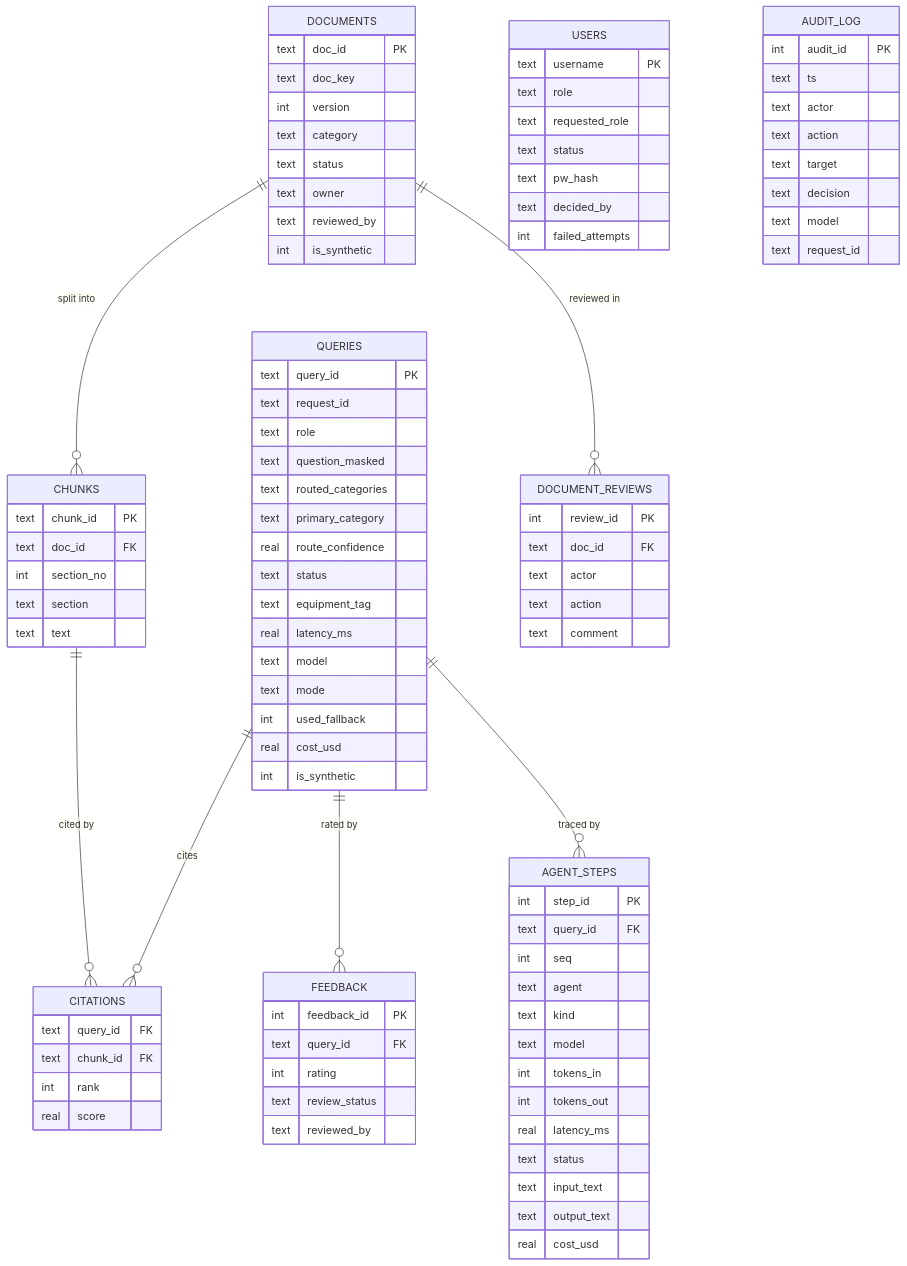
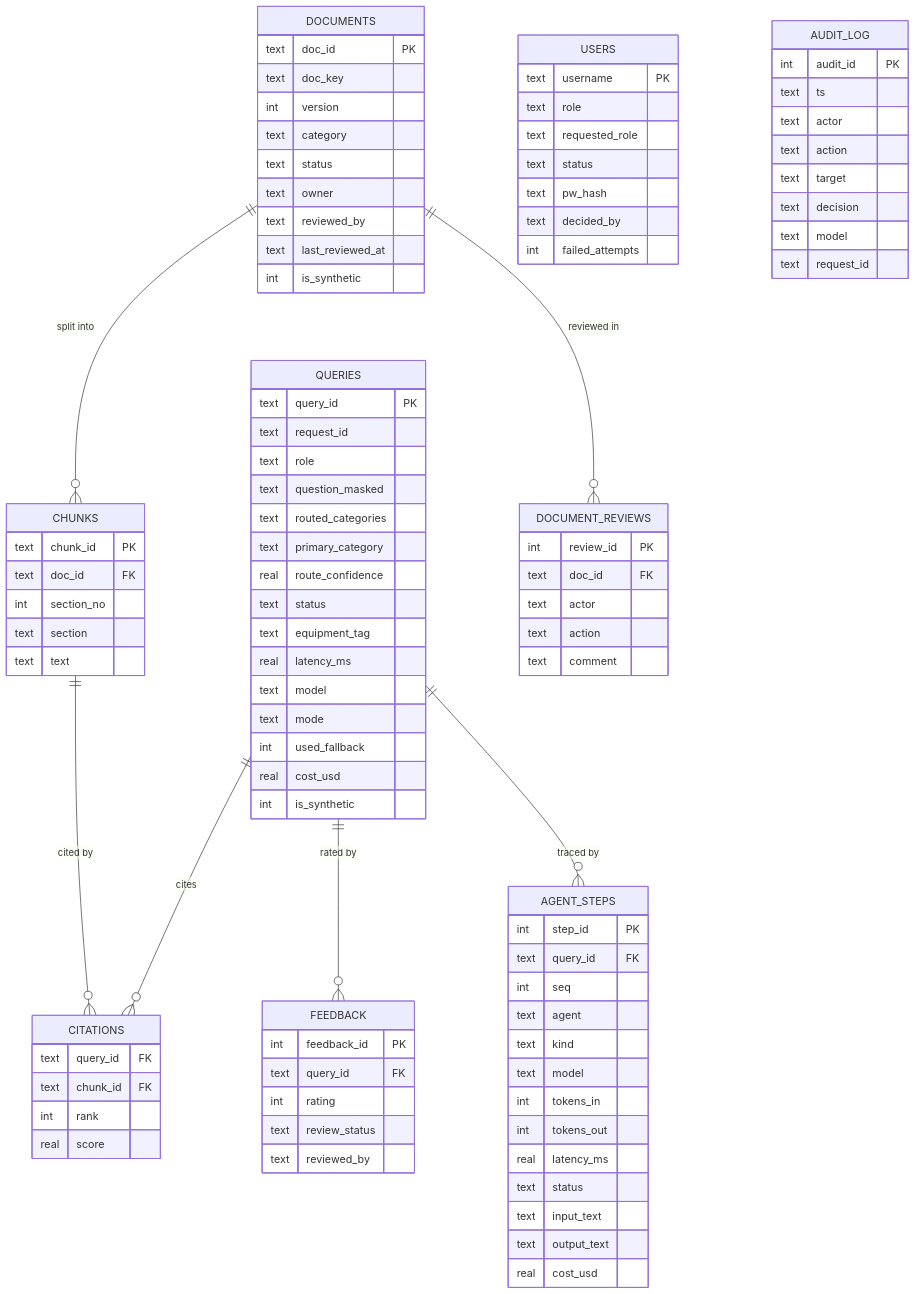
The diagram in docs/data_model.md (hemach-git/FAST), drawn with Mermaid before and after one commit. The commit also changed other lines of this file and 20 other files, not shown here.

```diff
--- a/docs/data_model.md
+++ b/docs/data_model.md
@@ -21,6 +21,7 @@
     text status
     text owner
     text reviewed_by
+    text last_reviewed_at
     int is_synthetic
   }
   CHUNKS {
```
